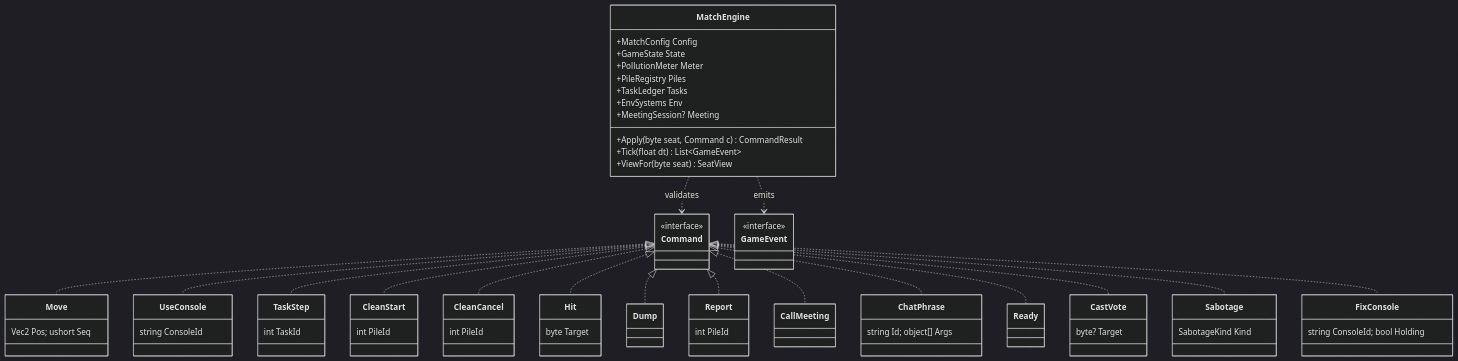
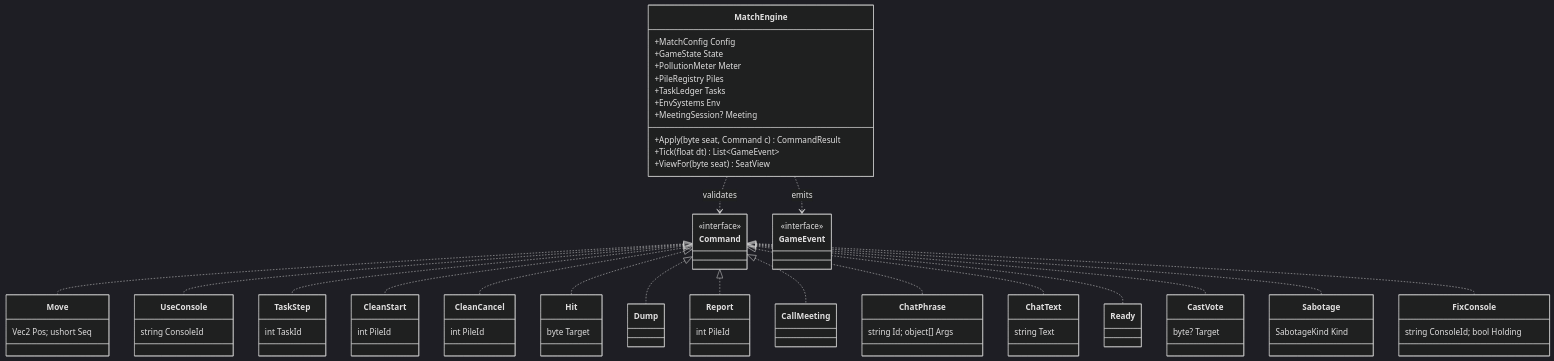
Before and after one commit to Faouzi-Blibech/EcoSus-Uncycled: the fifth of 6 diagrams in docs/architecture/02-server.md, drawn with Mermaid (dark theme). The commit also changed 18 other files, not shown here.

Commit message:
server: chat_text message, protocol 1, chat filter content

````diff
--- a/docs/architecture/02-server.md
+++ b/docs/architecture/02-server.md
@@ -208,51 +208,53 @@
 ```mermaid
 classDiagram
     class MatchEngine {
         +MatchConfig Config
         +GameState State
         +PollutionMeter Meter
         +PileRegistry Piles
         +TaskLedger Tasks
         +EnvSystems Env
         +MeetingSession? Meeting
         +Apply(byte seat, Command c) CommandResult
         +Tick(float dt) List~GameEvent~
         +ViewFor(byte seat) SeatView
     }
     class Command {
         <<interface>>
     }
     class Move { Vec2 Pos; ushort Seq }
     class UseConsole { string ConsoleId }
     class TaskStep { int TaskId }
     class CleanStart { int PileId }
     class CleanCancel { int PileId }
     class Hit { byte Target }
     class Dump { }
     class Report { int PileId }
     class CallMeeting { }
     class ChatPhrase { string Id; object[] Args }
+    class ChatText { string Text }
     class Ready { }
     class CastVote { byte? Target }
     class Sabotage { SabotageKind Kind }
     class FixConsole { string ConsoleId; bool Holding }
     class GameEvent {
         <<interface>>
     }
     Command <|.. Move
     Command <|.. UseConsole
     Command <|.. TaskStep
     Command <|.. CleanStart
     Command <|.. CleanCancel
     Command <|.. Hit
     Command <|.. Dump
     Command <|.. Report
     Command <|.. CallMeeting
     Command <|.. ChatPhrase
+    Command <|.. ChatText
     Command <|.. Ready
     Command <|.. CastVote
     Command <|.. Sabotage
     Command <|.. FixConsole
     MatchEngine ..> Command : validates
     MatchEngine ..> GameEvent : emits
 ```
````
